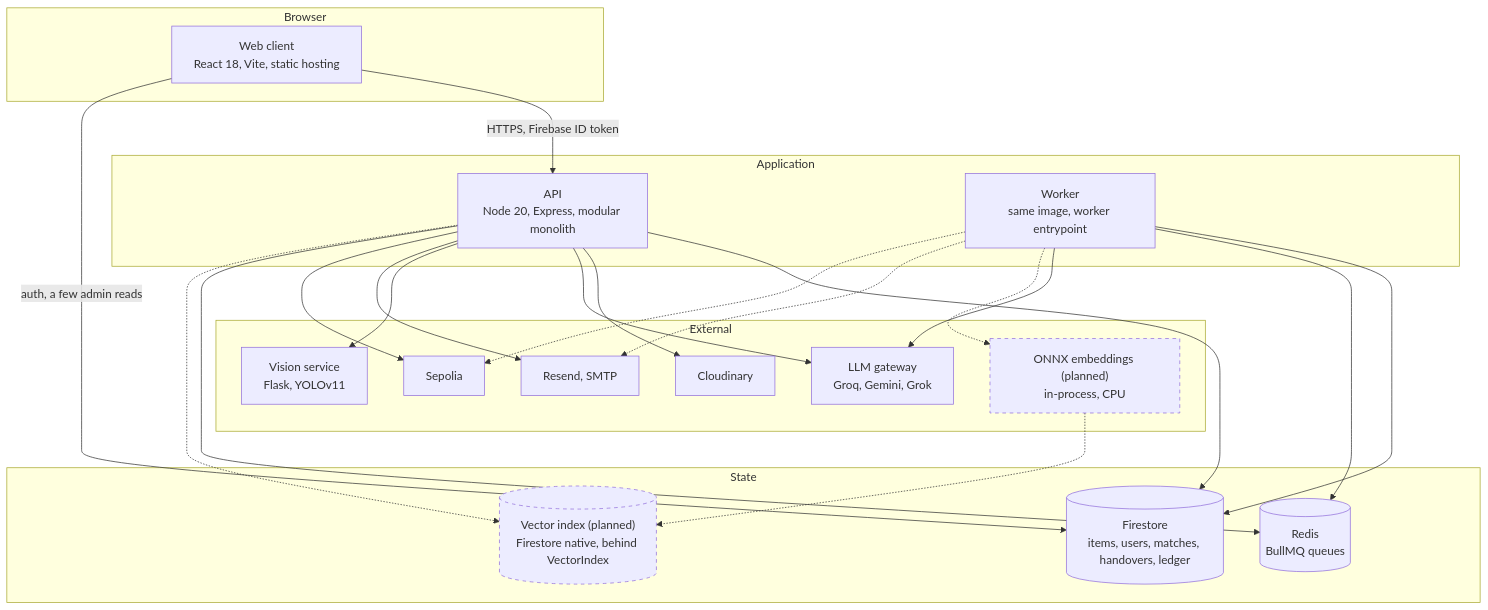
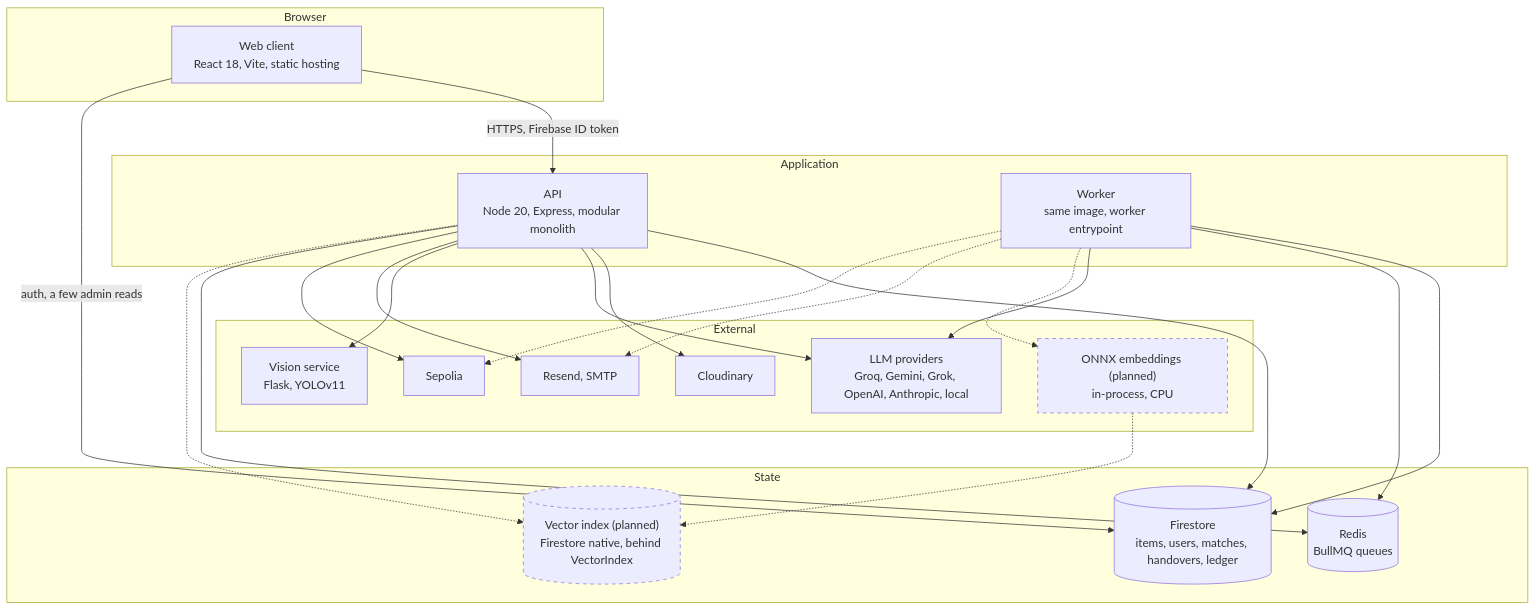
Before and after one commit to Vinay-R-S/ReClaim-AI: the first of 2 diagrams in docs/architecture/c4-container.md, drawn with Mermaid. The commit also changed other lines of this file and 44 other files, not shown here.

````diff
--- a/docs/architecture/c4-container.md
+++ b/docs/architecture/c4-container.md
@@ -6,49 +6,49 @@
 ```mermaid
 flowchart TB
     subgraph browser["Browser"]
         client["Web client<br/>React 18, Vite, static hosting"]
     end
 
     subgraph runtime["Application"]
         api["API<br/>Node 20, Express, modular monolith"]
         worker["Worker<br/>same image, worker entrypoint"]
     end
 
     subgraph data["State"]
         firestore[("Firestore<br/>items, users, matches, handovers, ledger")]
         redis[("Redis<br/>BullMQ queues")]
         vectors[("Vector index (planned)<br/>Firestore native, behind VectorIndex")]
     end
 
     subgraph external["External"]
         cloudinary["Cloudinary"]
-        llm["LLM gateway<br/>Groq, Gemini, Grok"]
+        llm["LLM providers<br/>Groq, Gemini, Grok, OpenAI, Anthropic, local"]
         onnx["ONNX embeddings (planned)<br/>in-process, CPU"]
         yolo["Vision service<br/>Flask, YOLOv11"]
         email["Resend, SMTP"]
         chain["Sepolia"]
     end
 
     client -->|"HTTPS, Firebase ID token"| api
     client -->|"auth, a few admin reads"| firestore
 
     api --> firestore
     api --> cloudinary
     api --> llm
     api --> yolo
     api --> email
     api --> chain
     api --> redis
 
     worker --> firestore
     worker --> redis
     worker --> llm
     worker -.-> onnx
     worker -.-> email
     worker -.-> chain
     onnx -.-> vectors
     api -.-> vectors
 
     classDef planned stroke-dasharray: 5 5
     class vectors,onnx planned
 ```
````
